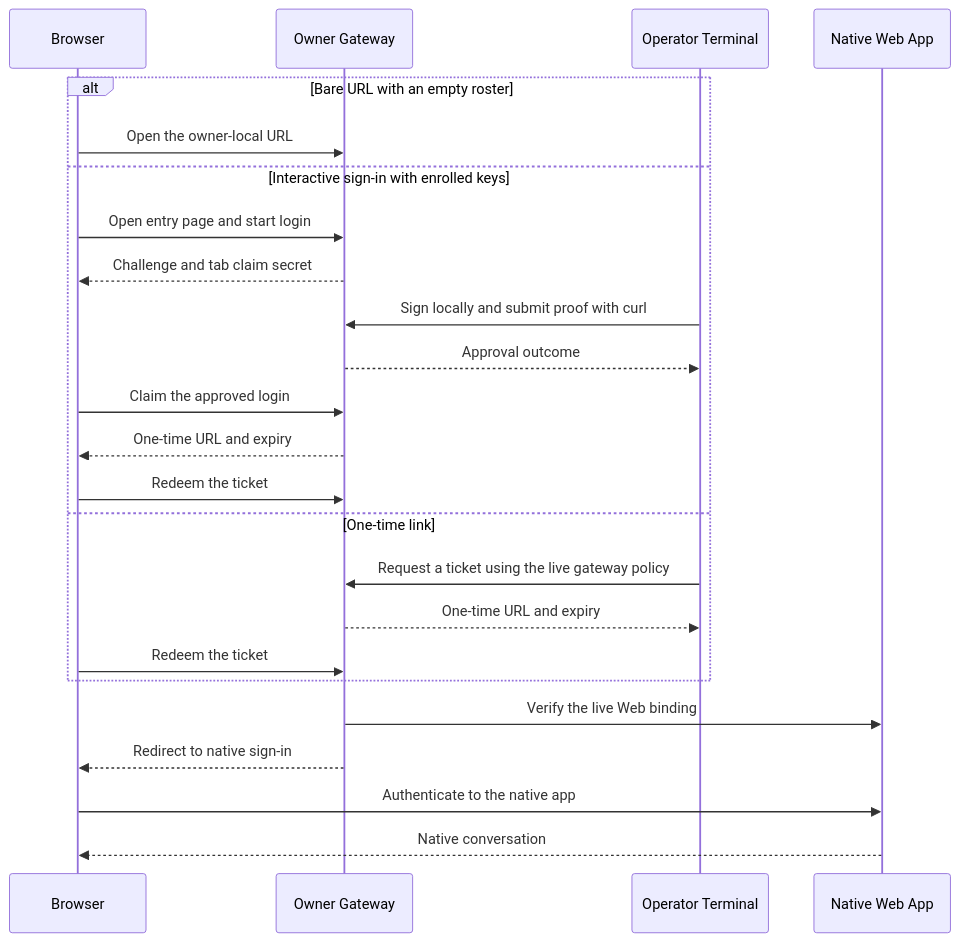
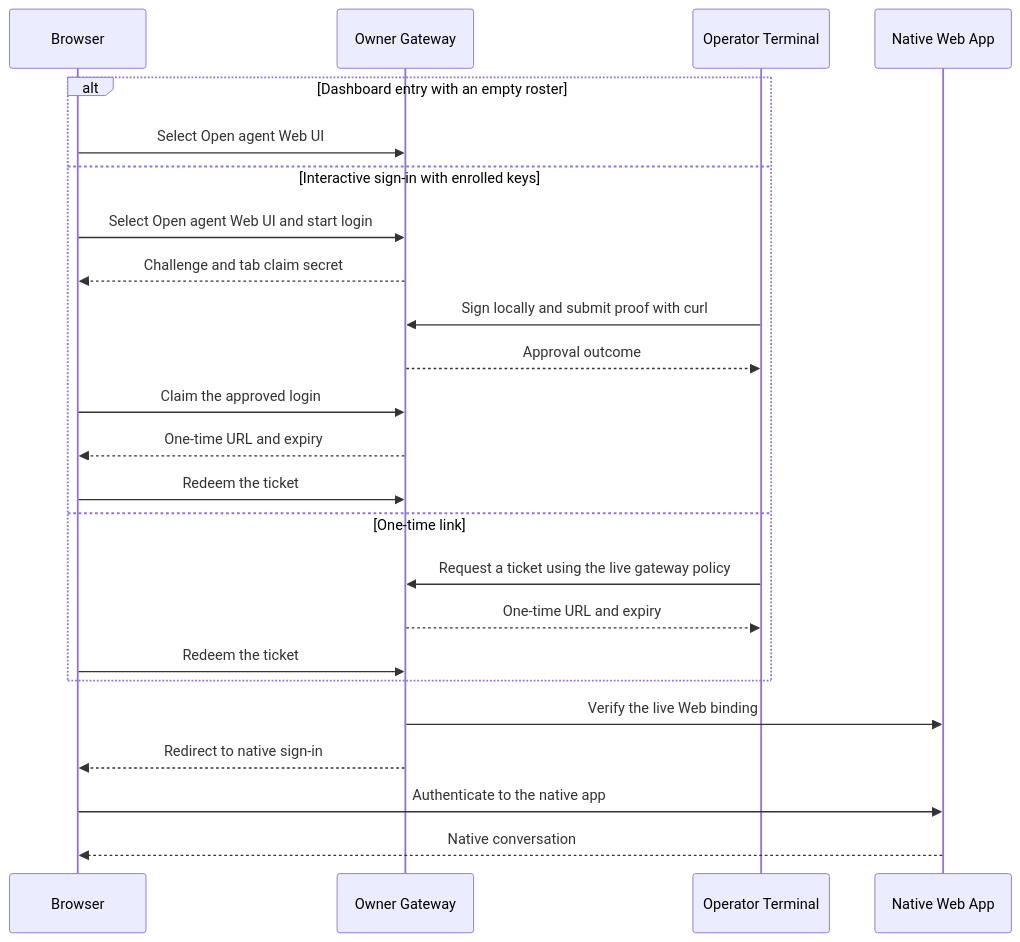
The diagram in docs/reference/gateway/operations/access.md (igamenovoer/houmao), drawn with Mermaid before and after one commit. The commit also changed other lines of this file and 10 other files, not shown here.

````diff
--- a/docs/reference/gateway/operations/access.md
+++ b/docs/reference/gateway/operations/access.md
@@ -125,26 +128,26 @@
 ```mermaid
 sequenceDiagram
     participant B as Browser
     participant G as Owner Gateway
     participant T as Operator Terminal
     participant N as Native Web App
-    alt Bare URL with an empty roster
-        B->>G: Open the owner-local URL
+    alt Dashboard entry with an empty roster
+        B->>G: Select Open agent Web UI
     else Interactive sign-in with enrolled keys
-        B->>G: Open entry page and start login
+        B->>G: Select Open agent Web UI and start login
         G-->>B: Challenge and tab claim secret
         T->>G: Sign locally and submit proof with curl
         G-->>T: Approval outcome
         B->>G: Claim the approved login
         G-->>B: One-time URL and expiry
         B->>G: Redeem the ticket
     else One-time link
         T->>G: Request a ticket using the live gateway policy
         G-->>T: One-time URL and expiry
         B->>G: Redeem the ticket
     end
     G->>N: Verify the live Web binding
     G-->>B: Redirect to native sign-in
     B->>N: Authenticate to the native app
     N-->>B: Native conversation
 ```
````
